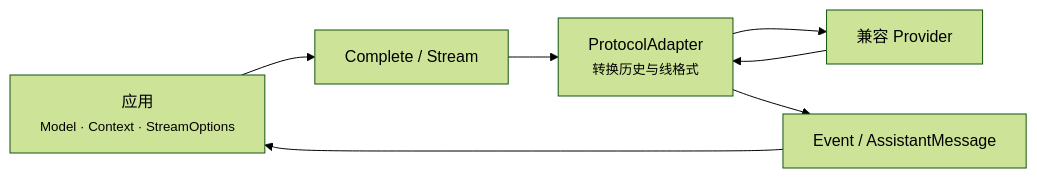
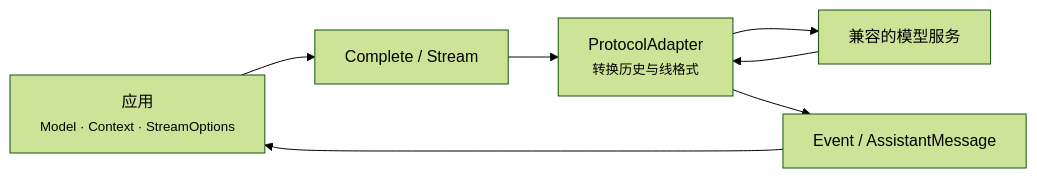
One commit to ktsoator/or changed the diagram in docs/llm/README.zh.md. Above: the diagram before and after it, drawn with Mermaid (forest theme). The commit also changed other lines of this file and 68 other files, not shown here.

````diff
--- a/docs/llm/README.zh.md
+++ b/docs/llm/README.zh.md
@@ -21,11 +21,11 @@
 ```mermaid
 flowchart LR
     app["应用<br/><small>Model · Context · StreamOptions</small>"]
     entry["Complete / Stream"]
     adapter["ProtocolAdapter<br/><small>转换历史与线格式</small>"]
-    provider["兼容 Provider"]
+    provider["兼容的模型服务"]
     result["Event / AssistantMessage"]
 
     app --> entry --> adapter --> provider
     provider --> adapter --> result --> app
 ```
````
